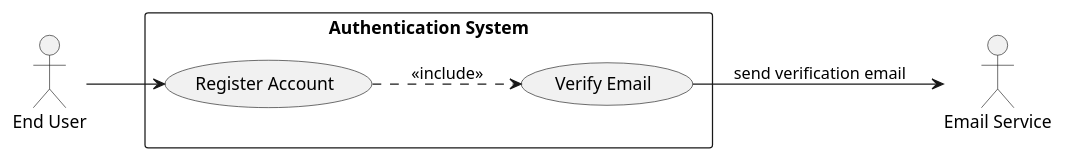
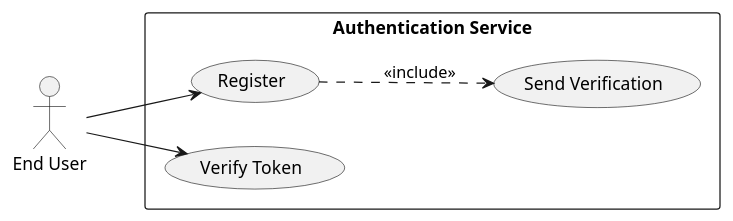
Before and after one commit to Bimmi-kumari-singh/Agent-testing: the first of 7 diagrams in .propel/context/docs/spec.md, drawn with PlantUML. The commit also changed other lines of this file, not shown here.

````diff
--- a/.propel/context/docs/spec.md
+++ b/.propel/context/docs/spec.md
@@ -254,18 +258,17 @@
 ```plantuml
 @startuml
 left to right direction
 skinparam packageStyle rectangle
 
 actor "End User" as User
-actor "Email Service" as Email
-
-rectangle "Authentication System" {
-  usecase (Register Account) as UC1
-  usecase (Verify Email) as UC1b
+rectangle "Authentication Service" {
+  usecase (Register) as R
+  usecase (Send Verification) as V
+  usecase (Verify Token) as VT
 }
 
-User --> UC1
-UC1 ..> UC1b : <<include>>
-UC1b --> Email : send verification email
+User --> R
+R ..> V : <<include>>
+User --> VT
 @enduml
 ```
````
